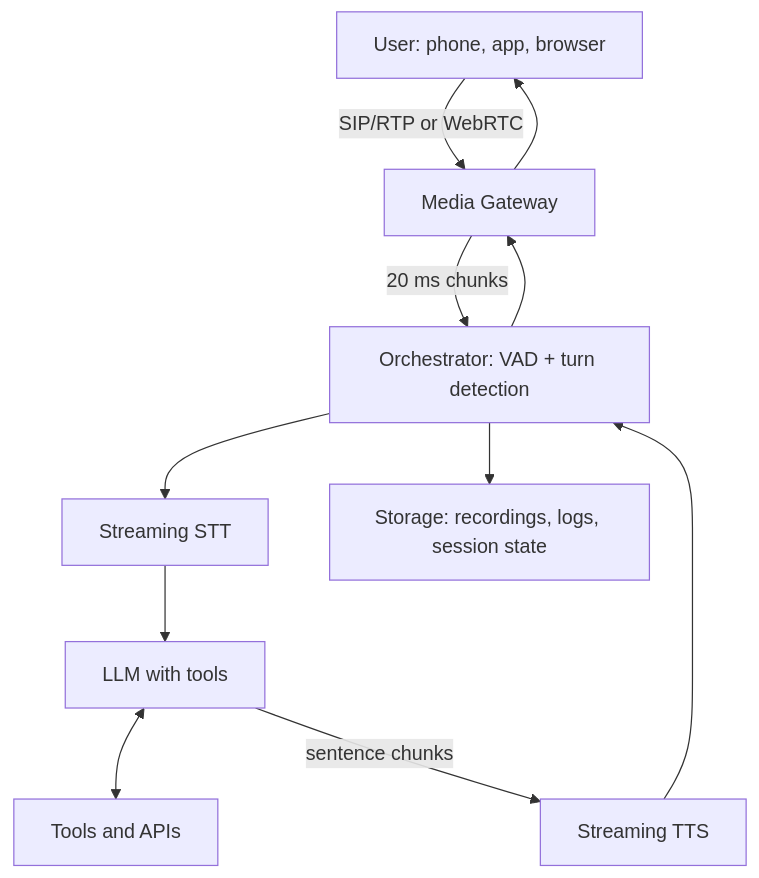
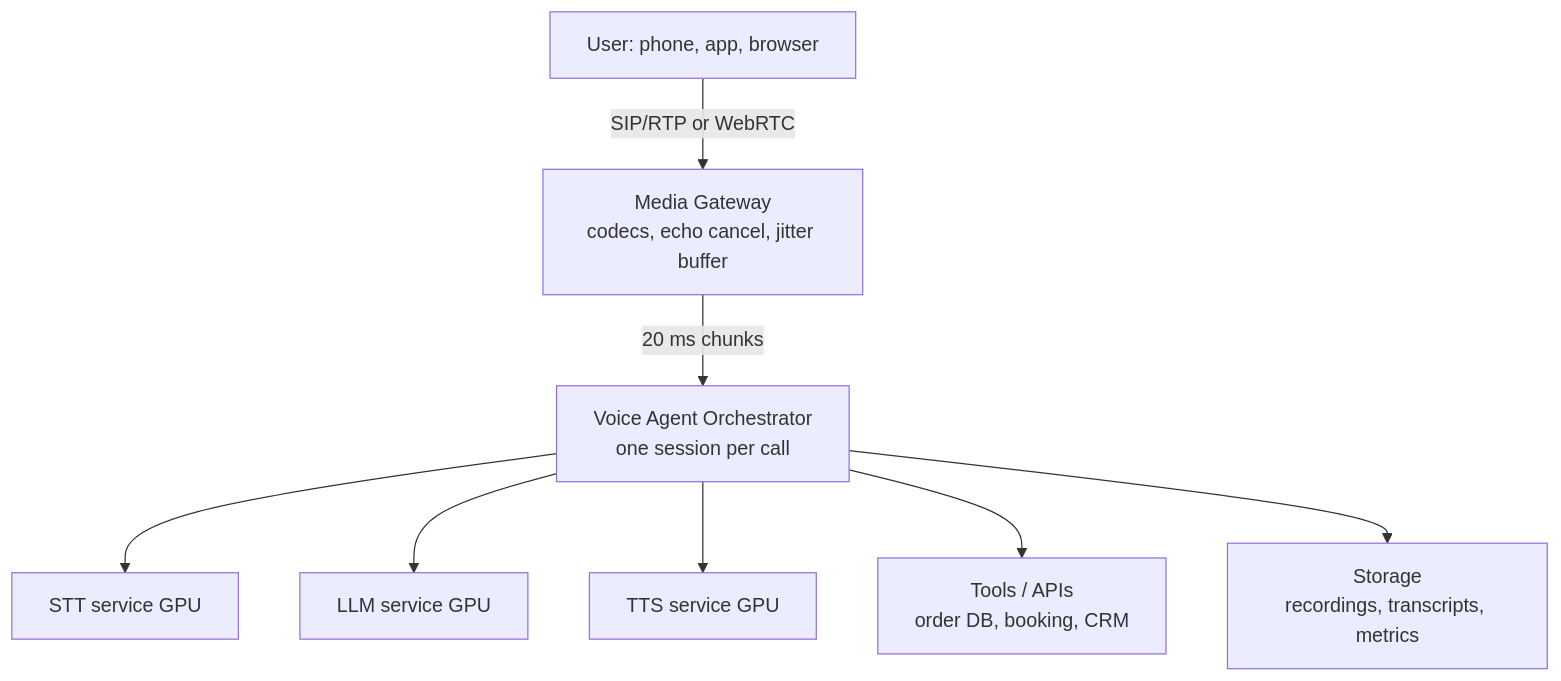
Before and after one commit to kaisarnajar/outcome-school-blogs: the first of 4 diagrams in notes/step-16-ai-infrastructure-deployment-and-system-design/189-design-a-real-time-voice-ai-agent.md, drawn with Mermaid. The commit also changed other lines of this file and 233 other files, not shown here.

````diff
--- a/notes/step-16-ai-infrastructure-deployment-and-system-design/189-design-a-real-time-voice-ai-agent.md
+++ b/notes/step-16-ai-infrastructure-deployment-and-system-design/189-design-a-real-time-voice-ai-agent.md
@@ -66,13 +37,10 @@
 ```mermaid
 flowchart TD
-    U["User: phone, app, browser"] -->|"SIP/RTP or WebRTC"| G["Media Gateway"]
-    G -->|"20 ms chunks"| O["Orchestrator: VAD + turn detection"]
-    O --> STT["Streaming STT"]
-    STT --> LLM["LLM with tools"]
-    LLM <--> T["Tools and APIs"]
-    LLM -->|"sentence chunks"| TTS["Streaming TTS"]
-    TTS --> O
-    O --> G
-    G --> U
-    O --> S["Storage: recordings, logs, session state"]
+    U["User: phone, app, browser"] -->|"SIP/RTP or WebRTC"| GW["Media Gateway<br/>codecs, echo cancel, jitter buffer"]
+    GW -->|"20 ms chunks"| OR["Voice Agent Orchestrator<br/>one session per call"]
+    OR --> STT["STT service GPU"]
+    OR --> LLM["LLM service GPU"]
+    OR --> TTS["TTS service GPU"]
+    OR --> TL["Tools / APIs<br/>order DB, booking, CRM"]
+    OR --> ST["Storage<br/>recordings, transcripts, metrics"]
 ```
````
